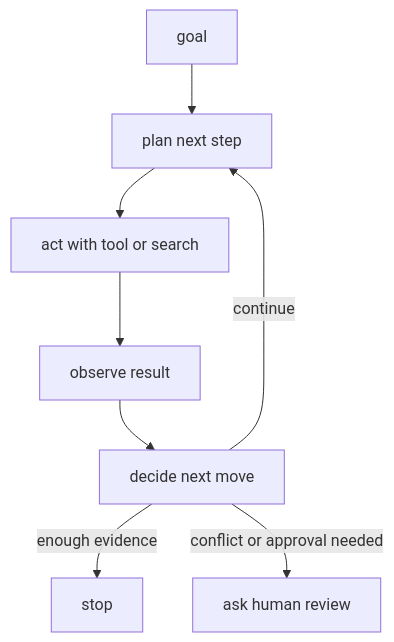
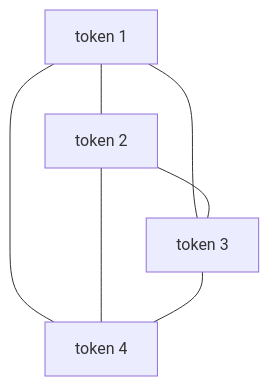
The diagram in docs/parts/part-05/chapter-13/section-02.md (devchan64/AiBook), drawn with Mermaid before and after one commit. The commit also changed other lines of this file and 213 other files, not shown here.

````diff
--- a/docs/parts/part-05/chapter-13/section-02.md
+++ b/docs/parts/part-05/chapter-13/section-02.md
@@ -148,18 +142,14 @@
 ```mermaid
 flowchart TD
-  A["goal"]
-  B["plan next step"]
-  C["act with tool or search"]
-  D["observe result"]
-  E["decide next move"]
-  F["stop"]
-  G["ask human review"]
+  A["token 1"]
+  B["token 2"]
+  C["token 3"]
+  D["token 4"]
 
-  A --> B
-  B --> C
-  C --> D
-  D --> E
-  E -->|continue| B
-  E -->|enough evidence| F
-  E -->|conflict or approval needed| G
+  A --- B
+  A --- C
+  A --- D
+  B --- C
+  B --- D
+  C --- D
 ```
````
